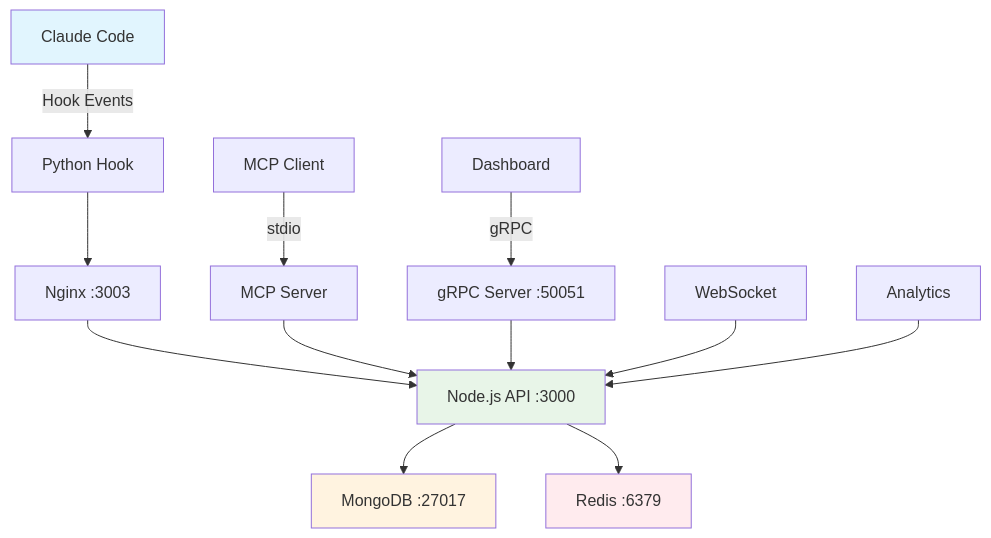
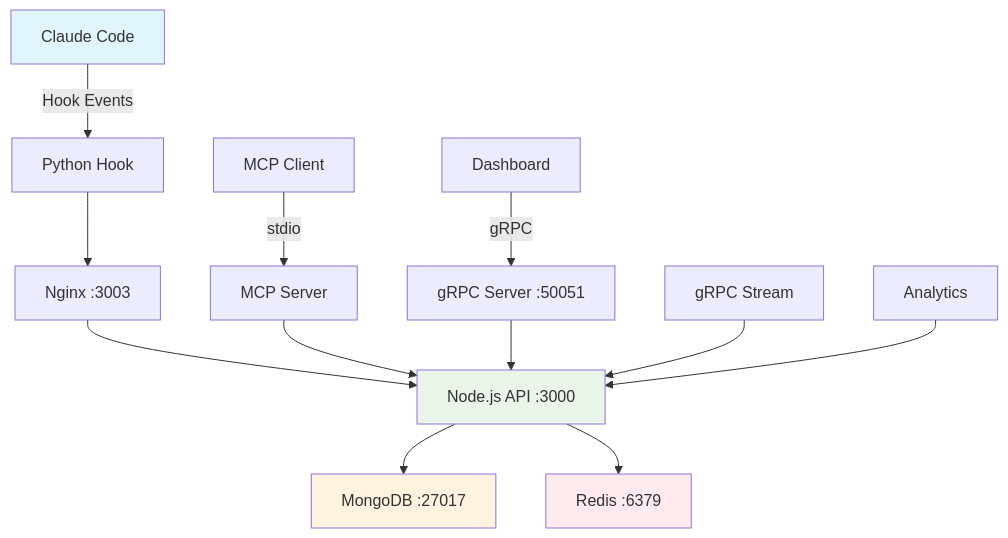
Before and after one commit to LucianoRicardo737/claude-conversation-logger: the second of 2 diagrams in README.md, drawn with Mermaid. The commit also changed other lines of this file and 69 other files, not shown here.

````diff
--- a/README.md
+++ b/README.md
@@ -70,22 +320,22 @@
 ```mermaid
 graph TD
     A[Claude Code] -->|Hook Events| B[Python Hook]
     B --> C[Nginx :3003]
     C --> D[Node.js API :3000]
     D --> E[MongoDB :27017]
     D --> F[Redis :6379]
     
     G[MCP Client] -->|stdio| H[MCP Server]
     H --> D
     
     I[Dashboard] -->|gRPC| J[gRPC Server :50051]
     J --> D
     
-    K[WebSocket] --> D
+    K[gRPC Stream] --> D
     L[Analytics] --> D
     
     style A fill:#e1f5fe
     style D fill:#e8f5e8
     style E fill:#fff3e0
     style F fill:#ffebee
 ```
````
